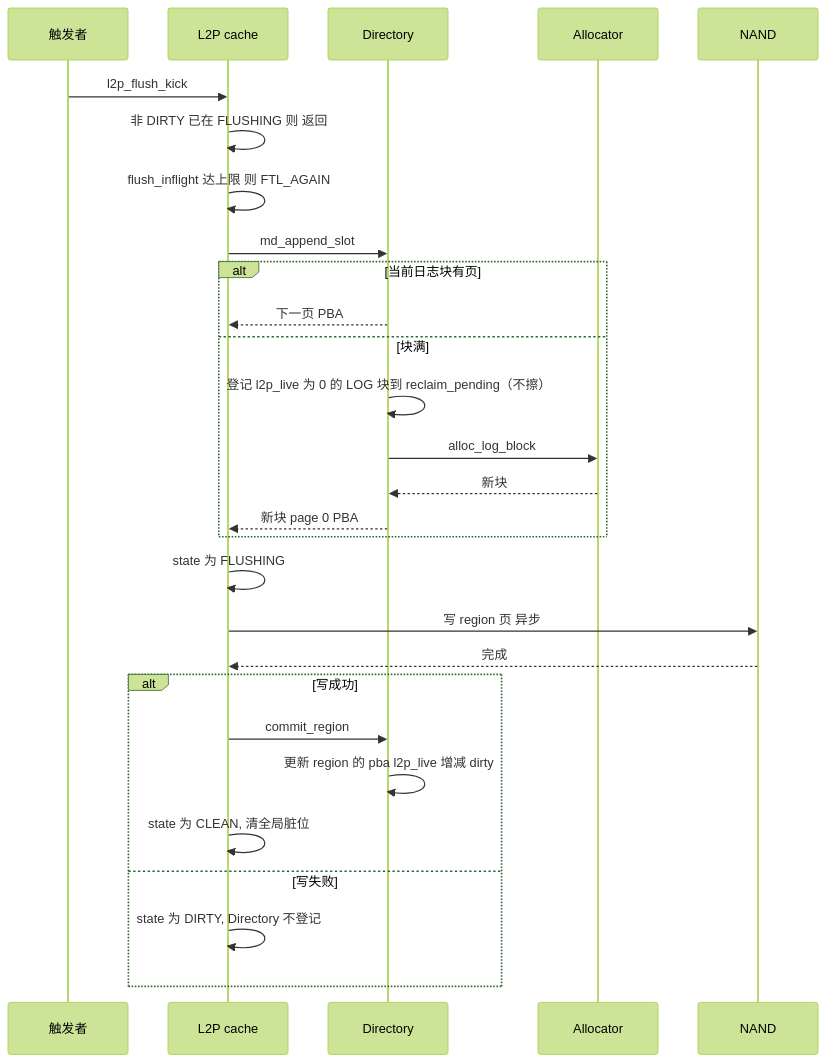
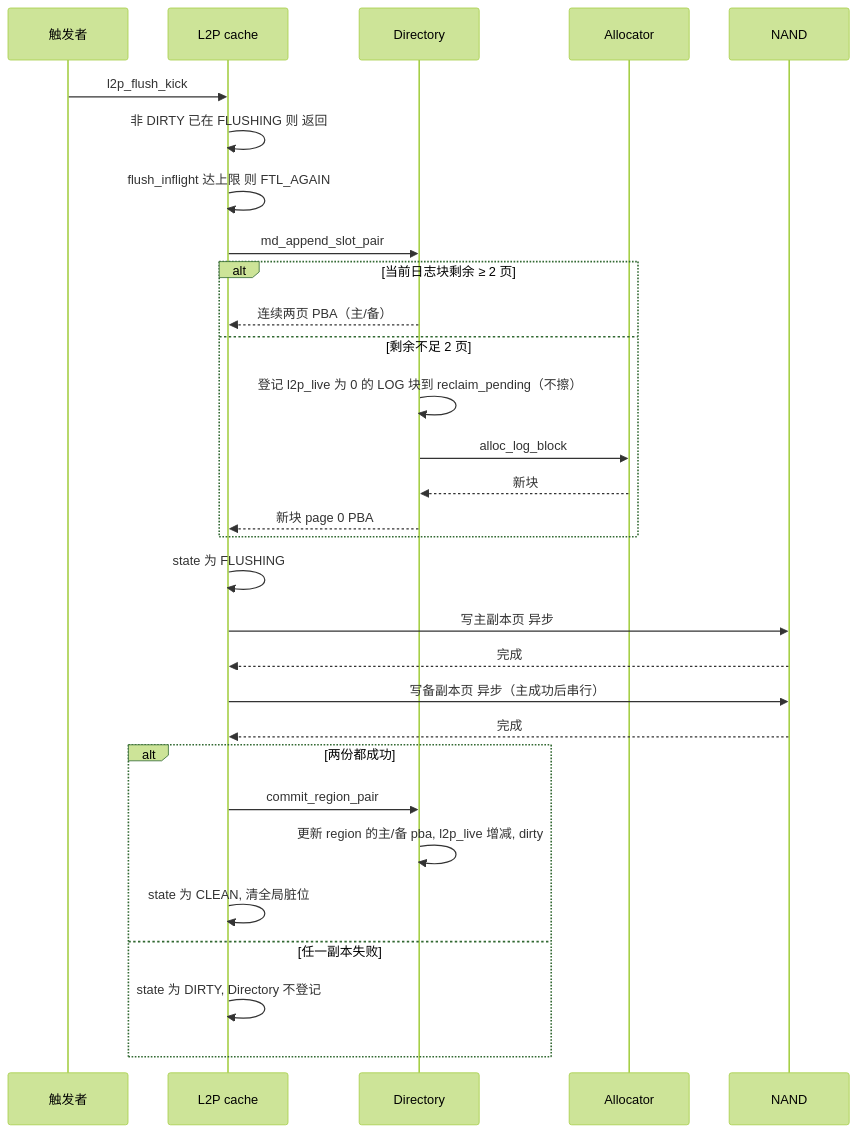
Before and after one commit to YzYMIAO/BASESSD: diagram 28 of 32 in docs/design/ftl_design.md, drawn with Mermaid (forest theme). The commit also changed other lines of this file and 136 other files, not shown here.

````diff
--- a/docs/design/ftl_design.md
+++ b/docs/design/ftl_design.md
@@ -3811,31 +3942,33 @@
 ```mermaid
 sequenceDiagram
     participant S as 触发者
     participant C as L2P cache
     participant D as Directory
     participant A as Allocator
     participant N as NAND
 
     S->>C: l2p_flush_kick
     C->>C: 非 DIRTY 已在 FLUSHING 则 返回
     C->>C: flush_inflight 达上限 则 FTL_AGAIN
-    C->>D: md_append_slot
-    alt 当前日志块有页
-        D-->>C: 下一页 PBA
-    else 块满
+    C->>D: md_append_slot_pair
+    alt 当前日志块剩余 ≥ 2 页
+        D-->>C: 连续两页 PBA（主/备）
+    else 剩余不足 2 页
         D->>D: 登记 l2p_live 为 0 的 LOG 块到 reclaim_pending（不擦）
         D->>A: alloc_log_block
         A-->>D: 新块
         D-->>C: 新块 page 0 PBA
     end
     C->>C: state 为 FLUSHING
-    C->>N: 写 region 页 异步
+    C->>N: 写主副本页 异步
     N-->>C: 完成
-    alt 写成功
-        C->>D: commit_region
-        D->>D: 更新 region 的 pba l2p_live 增减 dirty
+    C->>N: 写备副本页 异步（主成功后串行）
+    N-->>C: 完成
+    alt 两份都成功
+        C->>D: commit_region_pair
+        D->>D: 更新 region 的主/备 pba, l2p_live 增减, dirty
         C->>C: state 为 CLEAN, 清全局脏位
-    else 写失败
+    else 任一副本失败
         C->>C: state 为 DIRTY, Directory 不登记
     end
 ```
````
